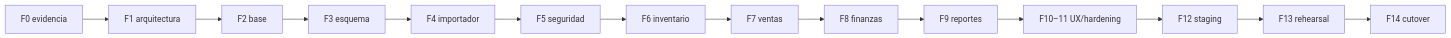
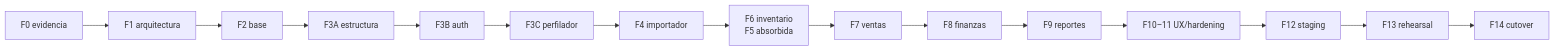
Before and after one commit to DylanRizo/sgi-comarca: the diagram in docs/migration/phased-roadmap.md, drawn with Mermaid. The commit also changed other lines of this file and 19 other files, not shown here.

````diff
--- a/docs/migration/phased-roadmap.md
+++ b/docs/migration/phased-roadmap.md
@@ -28,16 +29,17 @@
 ```mermaid
 flowchart LR
     A["F0 evidencia"] --> B["F1 arquitectura"]
     B --> C["F2 base"]
-    C --> D["F3 esquema"]
-    D --> E["F4 importador"]
-    E --> F["F5 seguridad"]
-    F --> G["F6 inventario"]
+    C --> D["F3A estructura"]
+    D --> E["F3B auth"]
+    E --> P["F3C perfilador"]
+    P --> F["F4 importador"]
+    F --> G["F6 inventario<br/>F5 absorbida"]
     G --> H["F7 ventas"]
     H --> I["F8 finanzas"]
     I --> J["F9 reportes"]
     J --> K["F10–11 UX/hardening"]
     K --> L["F12 staging"]
     L --> M["F13 rehearsal"]
     M --> N["F14 cutover"]
 ```
````
